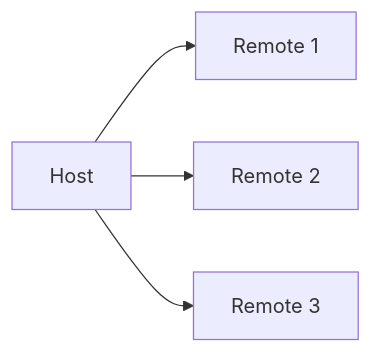
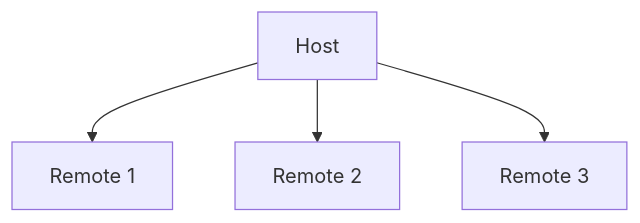
Before and after one commit to mandarini/ng-mfe-nx-slides: the diagram in slides/05-key-concepts.md, drawn with Mermaid. The commit also changed other lines of this file, not shown here.

````diff
--- a/slides/05-key-concepts.md
+++ b/slides/05-key-concepts.md
@@ -26,6 +25,6 @@
-```mermaid
-graph LR
-  H[Host] --> R1[Remote 1]
-  H --> R2[Remote 2]
-  H --> R3[Remote 3]
-```
+    ```mermaid
+    graph TD
+      H[Host] --> R1[Remote 1]
+      H --> R2[Remote 2]
+      H --> R3[Remote 3]
+    ```
````
